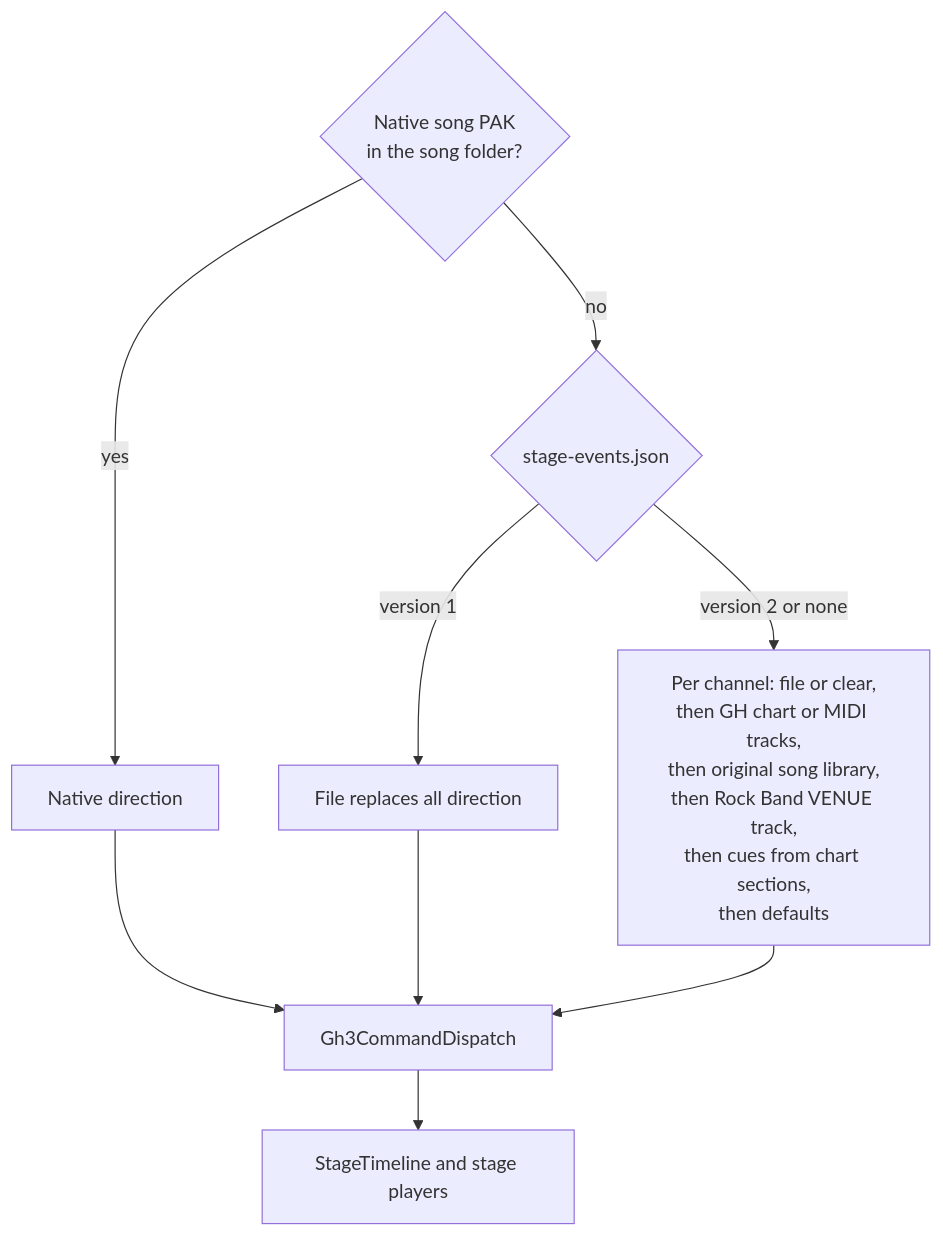
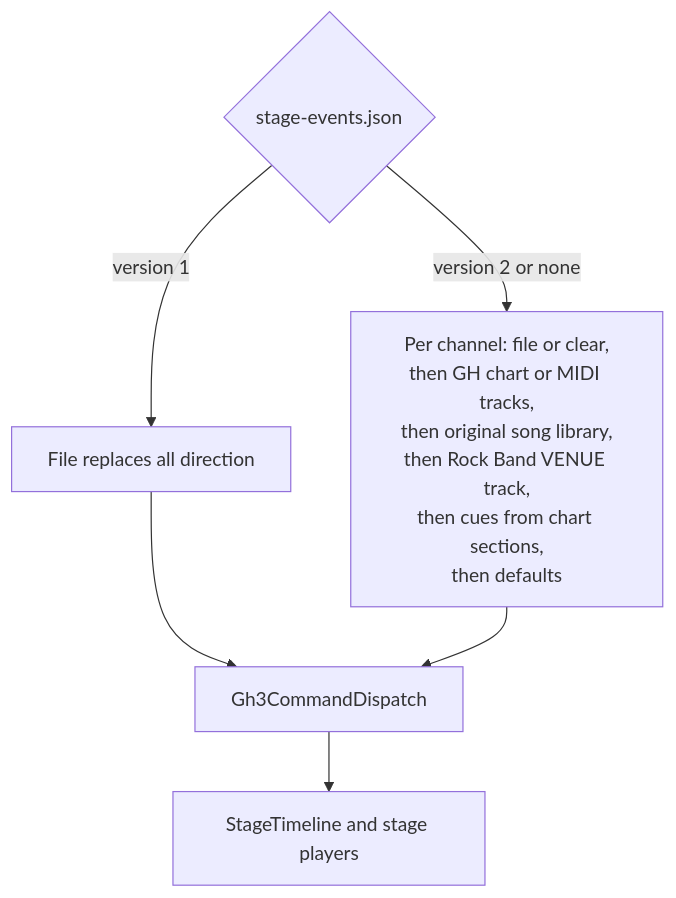
One commit to heditwo/gh3-clonehero-skin changed the fourth of 4 diagrams in docs/ARCHITECTURE.md. Above: the diagram before and after it, drawn with Mermaid. The commit also changed other lines of this file and 34 other files, not shown here.

````diff
--- a/docs/ARCHITECTURE.md
+++ b/docs/ARCHITECTURE.md
@@ -117,11 +117,9 @@
 ```mermaid
 flowchart TD
-    Native{Native song PAK<br/>in the song folder?} -- yes --> NativeDirection[Native direction]
-    Native -- no --> File{stage-events.json}
+    File{stage-events.json}
     File -- version 1 --> Replace[File replaces all direction]
     File -- version 2 or none --> Channels[Per channel: file or clear,<br/>then GH chart or MIDI tracks,<br/>then original song library,<br/>then Rock Band VENUE track,<br/>then cues from chart sections,<br/>then defaults]
-    NativeDirection --> Dispatch[Gh3CommandDispatch]
-    Replace --> Dispatch
+    Replace --> Dispatch[Gh3CommandDispatch]
     Channels --> Dispatch
     Dispatch --> Timeline[StageTimeline and stage players]
 ```
````
